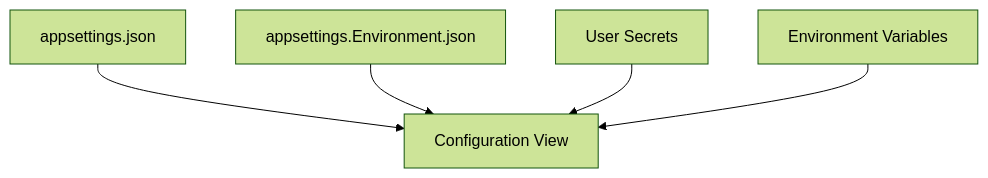
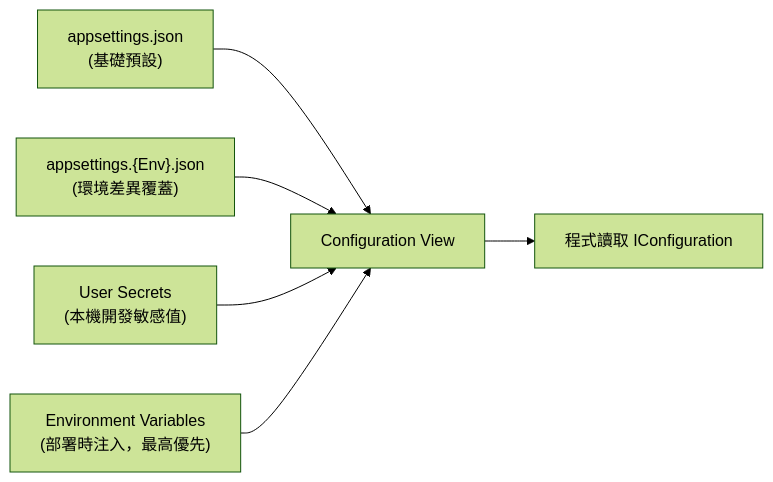
Before and after one commit to davelin18yufan/dotnet_core_intro: the fourth of 6 diagrams in slides.md, drawn with Mermaid (forest theme). The commit also changed other lines of this file, not shown here.

````diff
--- a/slides.md
+++ b/slides.md
@@ -612,7 +877,8 @@
 ```mermaid
-flowchart TD
-    A[appsettings.json] --> E[Configuration View]
-    B[appsettings.Environment.json] --> E
-    C[User Secrets] --> E
-    D[Environment Variables] --> E
+flowchart LR
+    A["appsettings.json\n(基礎預設)"] --> E[Configuration View]
+    B["appsettings.{Env}.json\n(環境差異覆蓋)"] --> E
+    C["User Secrets\n(本機開發敏感值)"] --> E
+    D["Environment Variables\n(部署時注入，最高優先)"] --> E
+    E --> F[程式讀取 IConfiguration]
 ```
````
